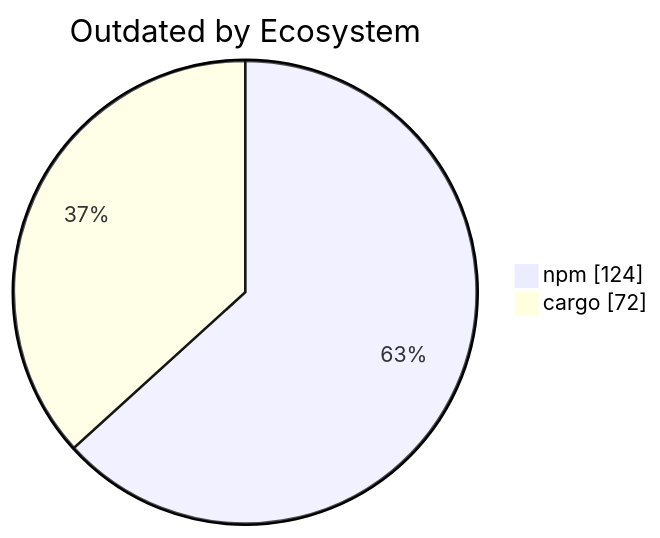
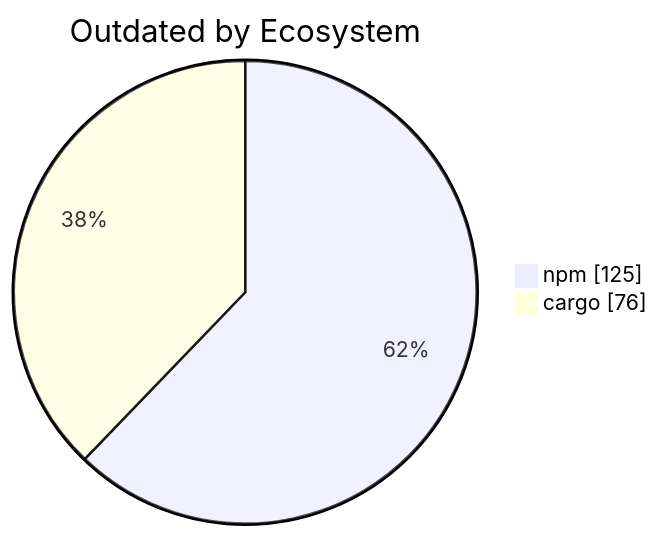
Before and after one commit to KBVE/kbve: the diagram in apps/kbve/astro-kbve/src/content/docs/dashboard/deps.mdx, drawn with Mermaid. The commit also changed other lines of this file and 1 other file, not shown here.

````diff
--- a/apps/kbve/astro-kbve/src/content/docs/dashboard/deps.mdx
+++ b/apps/kbve/astro-kbve/src/content/docs/dashboard/deps.mdx
@@ -109,6 +109,6 @@
 ```mermaid
 pie showData
     title Outdated by Ecosystem
-    "npm" : 124
-    "cargo" : 72
+    "npm" : 125
+    "cargo" : 76
 ```
````
